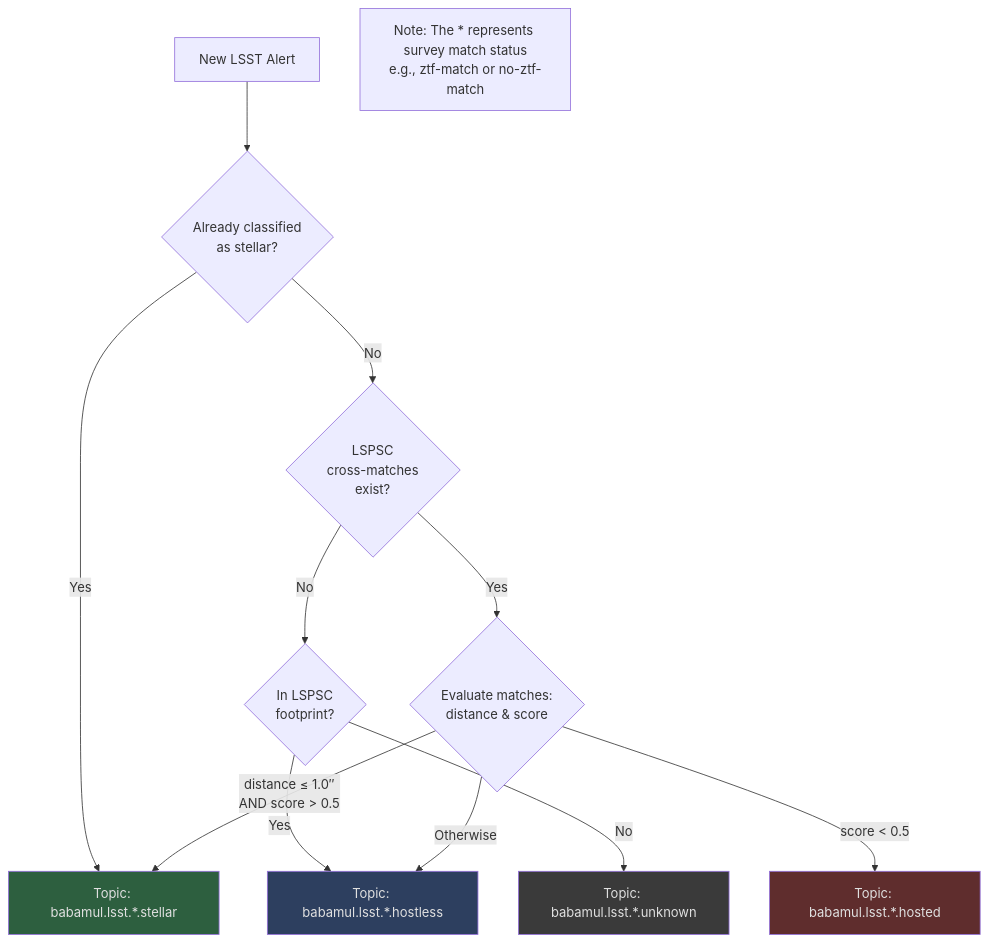
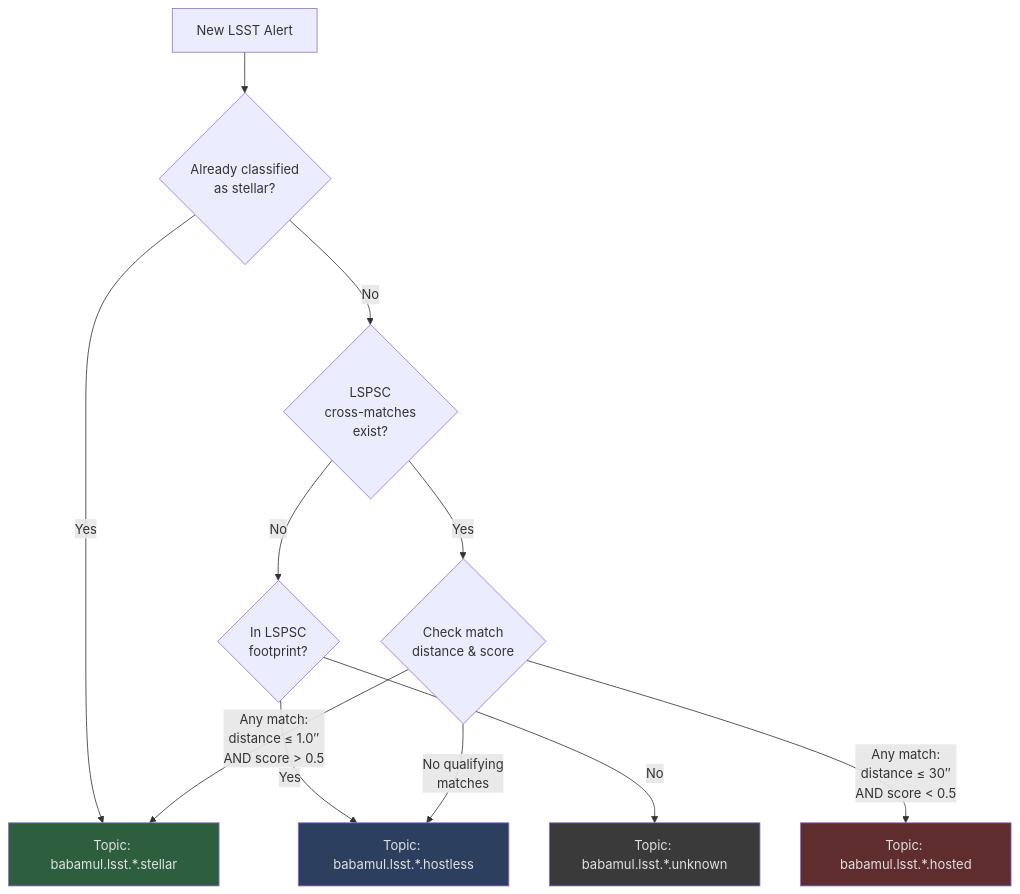
The second of 2 diagrams in docs/babamul.md (boom-astro/boom), drawn with Mermaid before and after one commit. The commit also changed other lines of this file, not shown here.

Commit message:
Update match logic

````diff
--- a/docs/babamul.md
+++ b/docs/babamul.md
@@ -120,22 +123,21 @@
 ```mermaid
 flowchart TD
     Alert[New LSST Alert] --> CheckStar{Already classified<br/>as stellar?}
     CheckStar -->|Yes| StellarTopic[Topic: babamul.lsst.*.stellar]
     CheckStar -->|No| CheckLSPSC{LSPSC<br/>cross-matches<br/>exist?}
 
     CheckLSPSC -->|No| CheckFootprint{In LSPSC<br/>footprint?}
     CheckFootprint -->|Yes| HostlessTopic[Topic: babamul.lsst.*.hostless]
     CheckFootprint -->|No| UnknownTopic[Topic: babamul.lsst.*.unknown]
 
-    CheckLSPSC -->|Yes| EvalMatches{Evaluate matches:<br/>distance & score}
-    EvalMatches -->|distance ≤ 1.0″<br/>AND score > 0.5| StellarTopic
-    EvalMatches -->|score < 0.5| HostedTopic[Topic: babamul.lsst.*.hosted]
-    EvalMatches -->|Otherwise| HostlessTopic
+    CheckLSPSC -->|Yes| EvalMatches{Check match<br/>distance & score}
+
+    EvalMatches -->|Any match:<br/>distance ≤ 1.0″<br/>AND score > 0.5| StellarTopic
+    EvalMatches -->|Any match:<br/>distance ≤ 30″<br/>AND score < 0.5| HostedTopic[Topic: babamul.lsst.*.hosted]
+    EvalMatches -->|No qualifying<br/>matches| HostlessTopic
 
     style StellarTopic fill:#2d5f3f,color:#e0e0e0
     style HostedTopic fill:#5f2d2d,color:#e0e0e0
     style HostlessTopic fill:#2d3f5f,color:#e0e0e0
     style UnknownTopic fill:#3a3a3a,color:#e0e0e0
-
-    Note1[Note: The * represents survey match status<br/>e.g., ztf-match or no-ztf-match]
 ```
````
